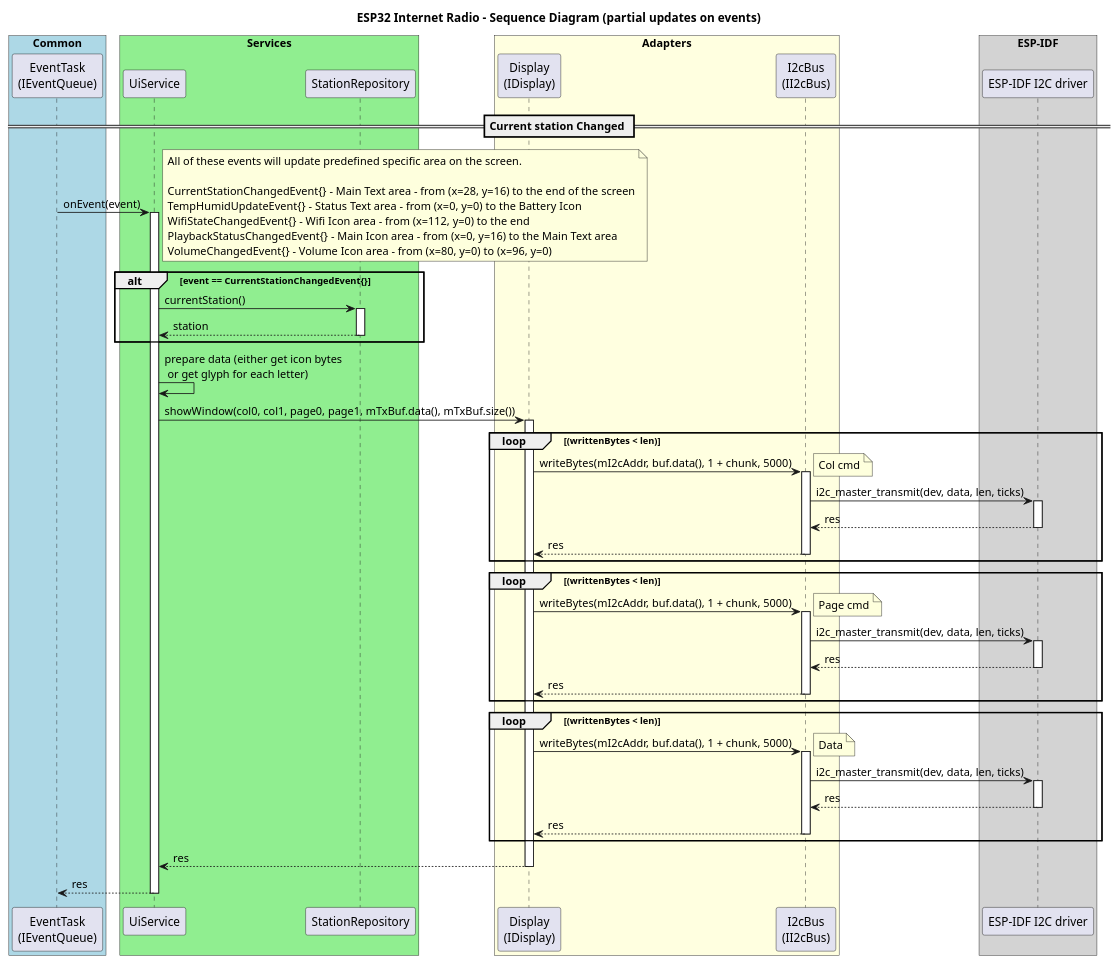
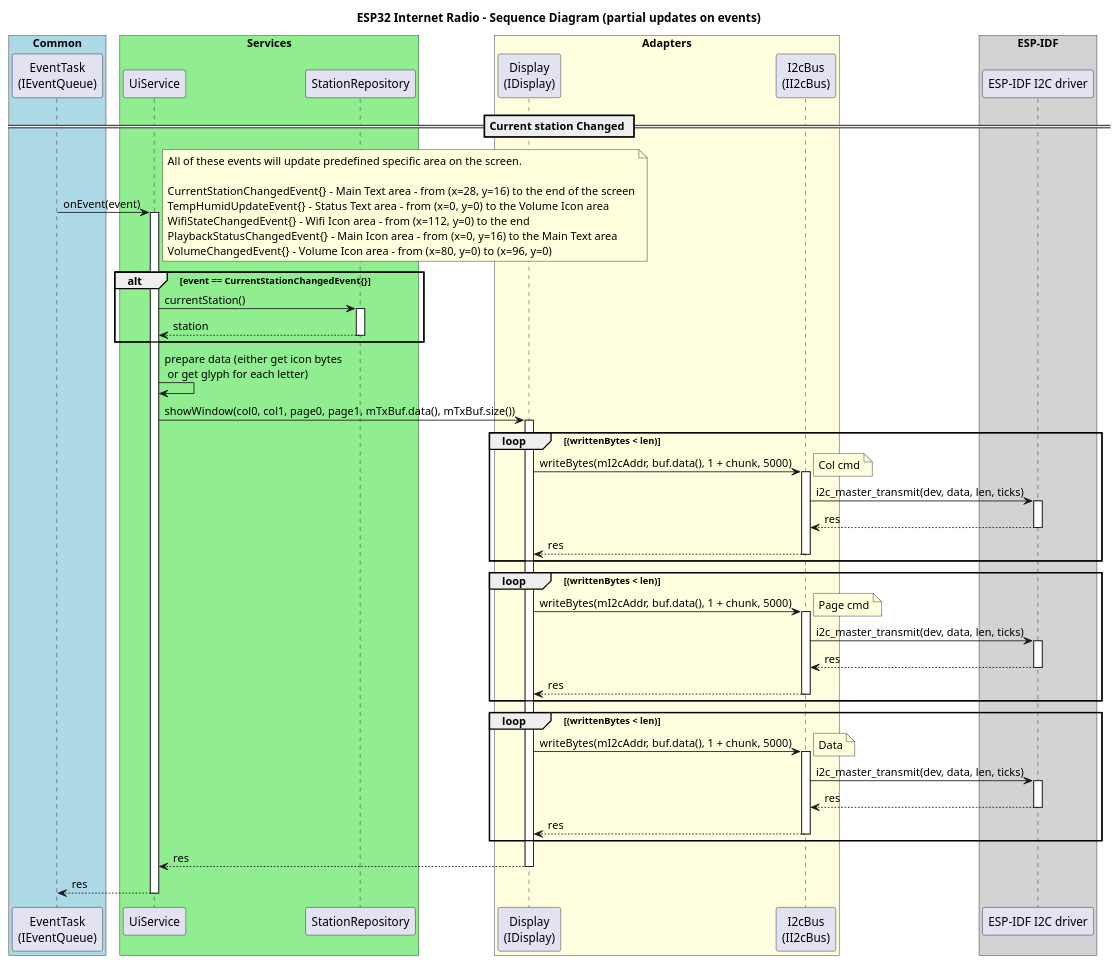
Before and after one commit to ArturChechui/esp_radio: the diagram in docs/diagrams/sequence/seq_ui_events.puml, drawn with PlantUML. The commit also changed 19 other files, not shown here.

```diff
--- a/docs/diagrams/sequence/seq_ui_events.puml
+++ b/docs/diagrams/sequence/seq_ui_events.puml
@@ -1,79 +1,79 @@
 @startuml seq_ui_events.puml
 title ESP32 Internet Radio - Sequence Diagram (partial updates on events)
 
 box "Common" #LightBlue
 participant "EventTask\n(IEventQueue)" as UITASK
 end box
 
 box "Services" #LightGreen
 participant "UiService" as UISVC
 participant "StationRepository" as REPO
 end box
 
 box "Adapters" #LightYellow
 participant "Display\n(IDisplay)" as DISP
 participant "I2cBus\n(II2cBus)" as I2C
 
 end box
 box "ESP-IDF" #LightGray
 participant "ESP-IDF I2C driver" as IDF
 end box
 
 == Current station Changed ==
 UITASK -> UISVC ++: onEvent(event)
 note right
 All of these events will update predefined specific area on the screen.
 
 CurrentStationChangedEvent{} - Main Text area - from (x=28, y=16) to the end of the screen
-TempHumidUpdateEvent{} - Status Text area - from (x=0, y=0) to the Battery Icon
+TempHumidUpdateEvent{} - Status Text area - from (x=0, y=0) to the Volume Icon area
 WifiStateChangedEvent{} - Wifi Icon area - from (x=112, y=0) to the end
 PlaybackStatusChangedEvent{} - Main Icon area - from (x=0, y=16) to the Main Text area
 VolumeChangedEvent{} - Volume Icon area - from (x=80, y=0) to (x=96, y=0)
 end note
 
 alt event == CurrentStationChangedEvent{}
 UISVC -> REPO ++: currentStation()
 return station
 end
 UISVC -> UISVC: prepare data (either get icon bytes\n or get glyph for each letter)
 UISVC -> DISP ++: showWindow(col0, col1, page0, page1, mTxBuf.data(), mTxBuf.size())
 
 loop (writtenBytes < len)
     DISP -> I2C ++: writeBytes(mI2cAddr, buf.data(), 1 + chunk, 5000)
     note right
     Col cmd
     end note
     I2C -> IDF ++: i2c_master_transmit(dev, data, len, ticks)
     return res
     return res
 end
 
 loop (writtenBytes < len) 
     DISP -> I2C ++: writeBytes(mI2cAddr, buf.data(), 1 + chunk, 5000)
     note right
     Page cmd
     end note
     I2C -> IDF ++: i2c_master_transmit(dev, data, len, ticks)
     return res
     return res
 end
 
 loop (writtenBytes < len) 
     DISP -> I2C ++: writeBytes(mI2cAddr, buf.data(), 1 + chunk, 5000)
     note right
     Data
     end note
     I2C -> IDF ++: i2c_master_transmit(dev, data, len, ticks)
     return res
     return res
 end
 return res
 return res
 
 deactivate UISVC
 deactivate DISP
 deactivate I2C
 deactivate IDF
 deactivate UITASK
 
 @enduml
```
